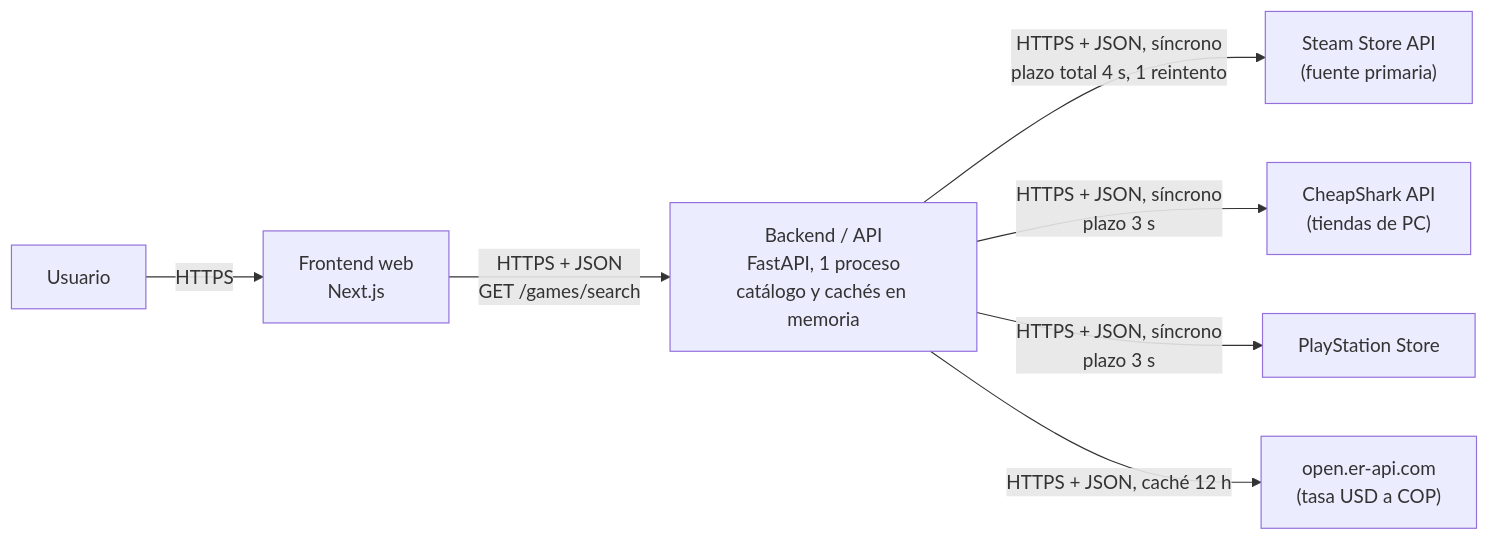
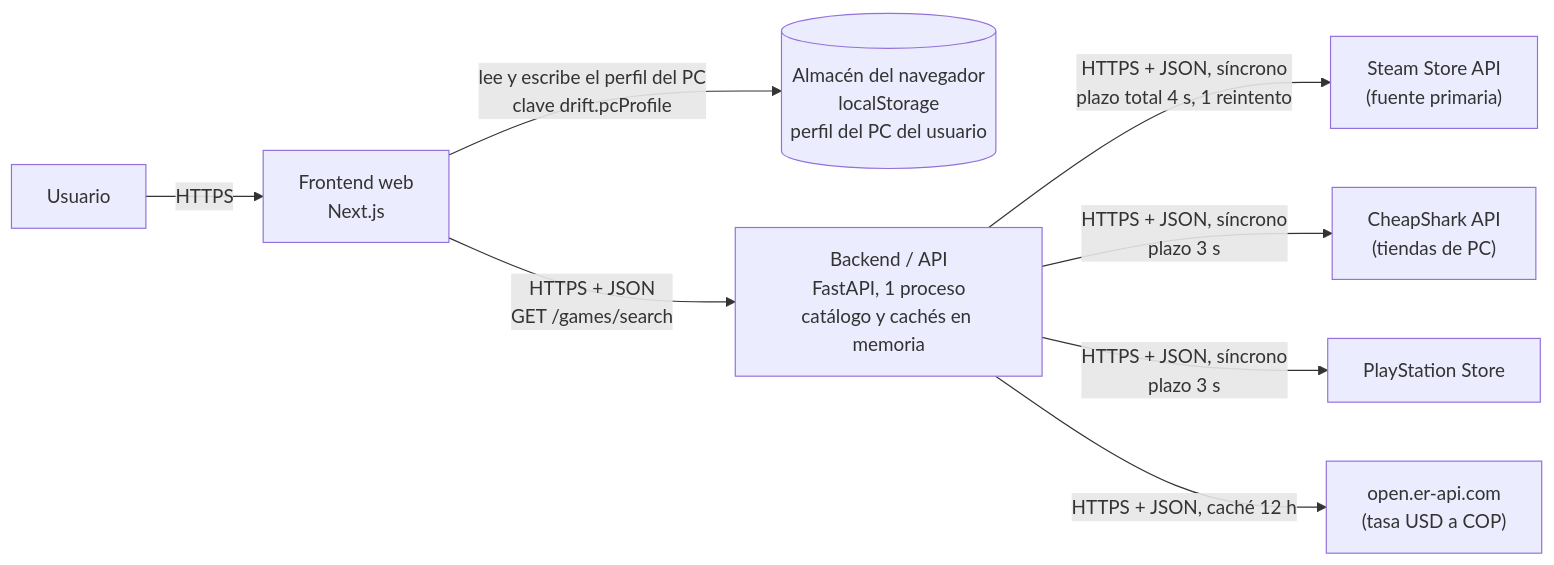
Before and after one commit to ISCOUTB/AS_202620_Drift: the first of 2 diagrams in docs/c4/contenedores.md, drawn with Mermaid. The commit also changed other lines of this file and 1 other file, not shown here.

````diff
--- a/docs/c4/contenedores.md
+++ b/docs/c4/contenedores.md
@@ -9,9 +9,10 @@
 ```mermaid
 flowchart LR
     USER["Usuario"] -->|"HTTPS"| WEB["Frontend web<br/>Next.js"]
+    WEB -->|"lee y escribe el perfil del PC<br/>clave drift.pcProfile"| LOCAL[("Almacén del navegador<br/>localStorage<br/>perfil del PC del usuario")]
     WEB -->|"HTTPS + JSON<br/>GET /games/search"| API["Backend / API<br/>FastAPI, 1 proceso<br/>catálogo y cachés en memoria"]
     API -->|"HTTPS + JSON, síncrono<br/>plazo total 4 s, 1 reintento"| STEAM["Steam Store API<br/>(fuente primaria)"]
     API -->|"HTTPS + JSON, síncrono<br/>plazo 3 s"| CHEAP["CheapShark API<br/>(tiendas de PC)"]
     API -->|"HTTPS + JSON, síncrono<br/>plazo 3 s"| PSN["PlayStation Store"]
     API -->|"HTTPS + JSON, caché 12 h"| FX["open.er-api.com<br/>(tasa USD a COP)"]
 ```
````
